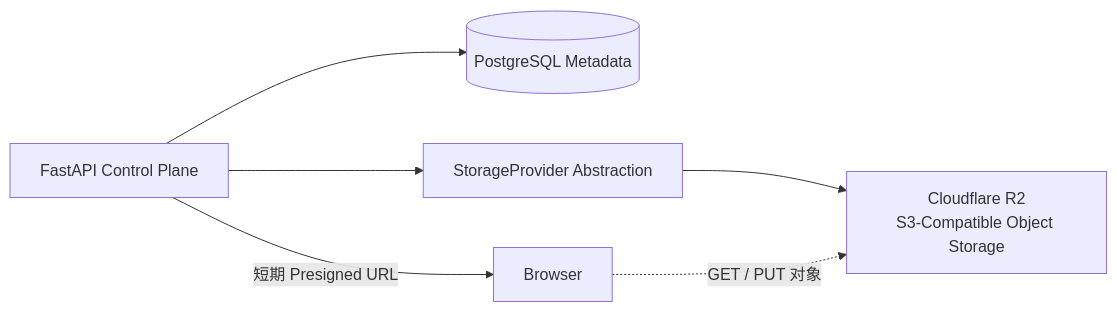
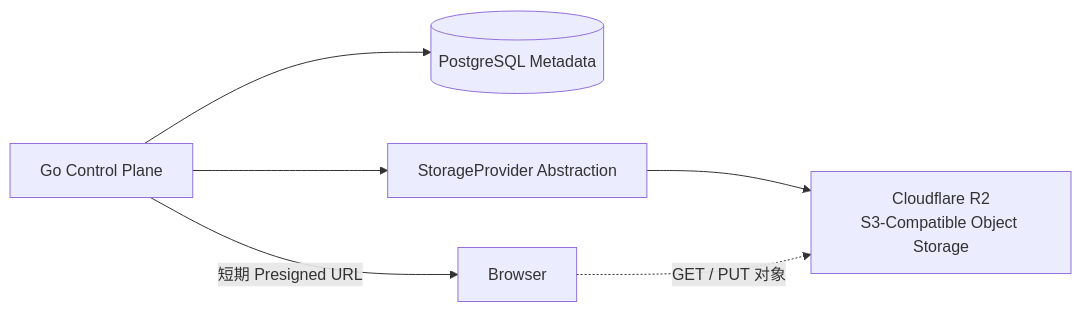
The second of 8 diagrams in README.md (passwii/digitalProjectManagement), drawn with Mermaid before and after one commit. The commit also changed other lines of this file and 179 other files, not shown here.

First line of the commit message:
feat(api): 全局后端 FastAPI 重构为 Go 模块化单体 (#196)

````diff
--- a/README.md
+++ b/README.md
@@ -51,8 +51,8 @@
 ```mermaid
 flowchart LR
-    API["FastAPI Control Plane"] --> DB[("PostgreSQL Metadata")]
+    API["Go Control Plane"] --> DB[("PostgreSQL Metadata")]
     API --> SP["StorageProvider Abstraction"]
     SP --> R2["Cloudflare R2<br/>S3-Compatible Object Storage"]
     API -->|"短期 Presigned URL"| B["Browser"]
     B -.->|"GET / PUT 对象"| R2
 ```
````
